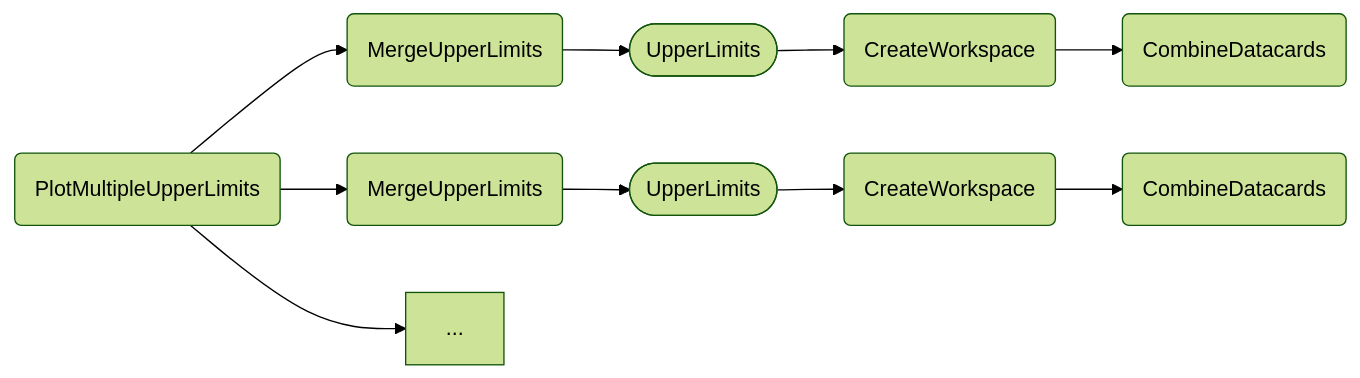
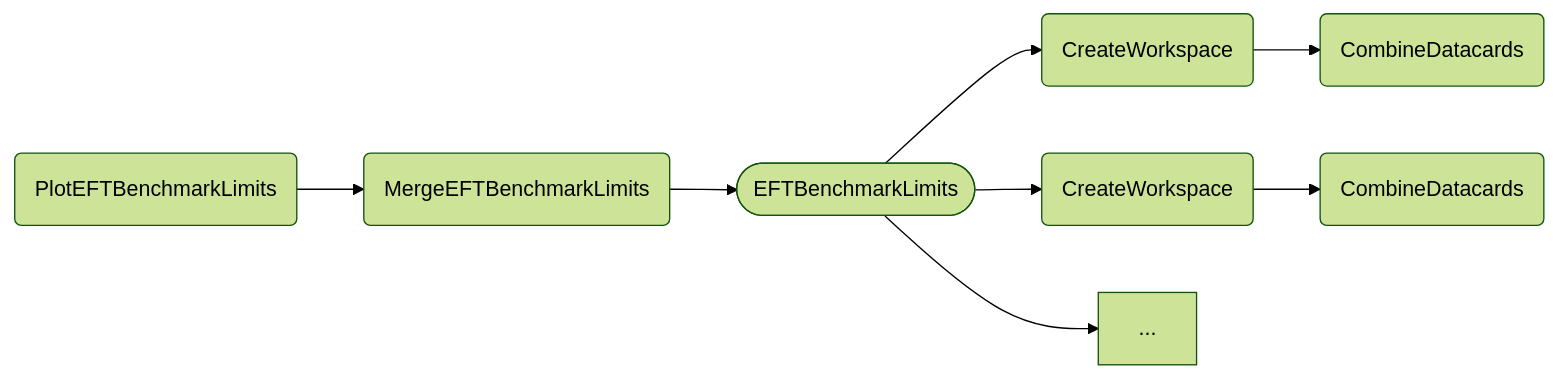
The first of 2 diagrams in docs/content/tasks/eft.md (cms-hh/inference_tools), drawn with Mermaid (forest theme) before and after one commit. The commit also changed other lines of this file and 18 other files, not shown here.

````diff
--- a/docs/content/tasks/eft.md
+++ b/docs/content/tasks/eft.md
@@ -126,12 +65,10 @@
 ```mermaid
 graph LR;
-    A(PlotMultipleUpperLimits) --> B1(MergeUpperLimits);
-    A --> B2(MergeUpperLimits);
-    A --> ...;
-    B1 --> C1([UpperLimits]);
-    B2 --> C2([UpperLimits]);
-    C1 --> D1(CreateWorkspace);
-    C2 --> D2(CreateWorkspace);
+    A(PlotEFTBenchmarkLimits) --> B(MergeEFTBenchmarkLimits);
+    B --> C([EFTBenchmarkLimits]);
+    C --> D1(CreateWorkspace);
+    C --> D2(CreateWorkspace);
+    C --> ...;
     D1 --> E1(CombineDatacards);
     D2 --> E2(CombineDatacards);
 ```
````
